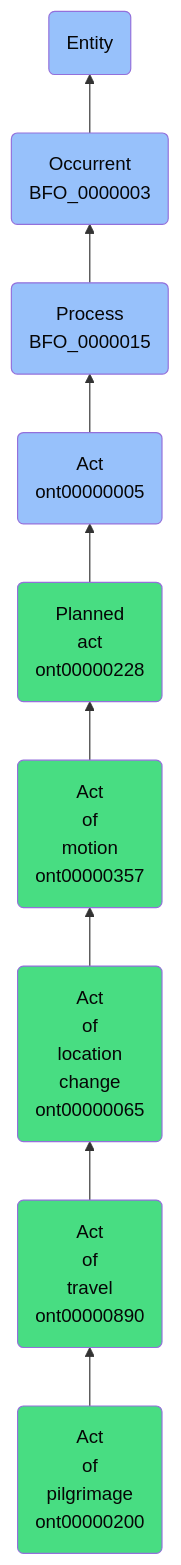
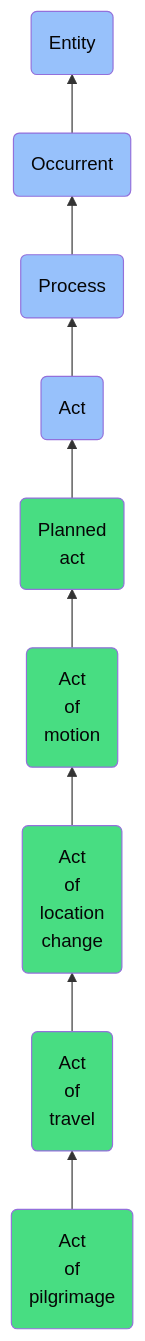
Before and after one commit to jupyter-naas/abi: the diagram in docs/ontology/reference/model/Entity/Occurrent/Process/Act/Planned act/Act of motion/Act of location change/Act of travel/Act of pilgrimage/Act of pilgrimage.md, drawn with Mermaid. The commit also changed other lines of this file and 1430 other files, not shown here.

````diff
--- a/docs/ontology/reference/model/Entity/Occurrent/Process/Act/Planned act/Act of motion/Act of location change/Act of travel/Act of pilgrimage/Act of pilgrimage.md
+++ b/docs/ontology/reference/model/Entity/Occurrent/Process/Act/Planned act/Act of motion/Act of location change/Act of travel/Act of pilgrimage/Act of pilgrimage.md
@@ -24,16 +24,16 @@
 ```mermaid
 graph BT
-    ont00000200(Act<br>of<br>pilgrimage<br>ont00000200):::ABI-->ont00000890
-    ont00000890(Act<br>of<br>travel<br>ont00000890):::ABI-->ont00000065
-    ont00000065(Act<br>of<br>location<br>change<br>ont00000065):::ABI-->ont00000357
-    ont00000357(Act<br>of<br>motion<br>ont00000357):::ABI-->ont00000228
-    ont00000228(Planned<br>act<br>ont00000228):::ABI-->ont00000005
-    ont00000005(Act<br>ont00000005):::BFO-->BFO_0000015
-    BFO_0000015(Process<br>BFO_0000015):::BFO-->BFO_0000003
-    BFO_0000003(Occurrent<br>BFO_0000003):::BFO-->BFO_0000001
+    ont00000200(Act<br>of<br>pilgrimage):::ABI-->ont00000890
+    ont00000890(Act<br>of<br>travel):::ABI-->ont00000065
+    ont00000065(Act<br>of<br>location<br>change):::ABI-->ont00000357
+    ont00000357(Act<br>of<br>motion):::ABI-->ont00000228
+    ont00000228(Planned<br>act):::ABI-->ont00000005
+    ont00000005(Act):::BFO-->BFO_0000015
+    BFO_0000015(Process):::BFO-->BFO_0000003
+    BFO_0000003(Occurrent):::BFO-->BFO_0000001
     BFO_0000001(Entity):::BFO
     
     classDef BFO fill:#97c1fb,color:#060606
     classDef CCO fill:#e4c51e,color:#060606
     classDef ABI fill:#48DD82,color:#060606
 ```
````
